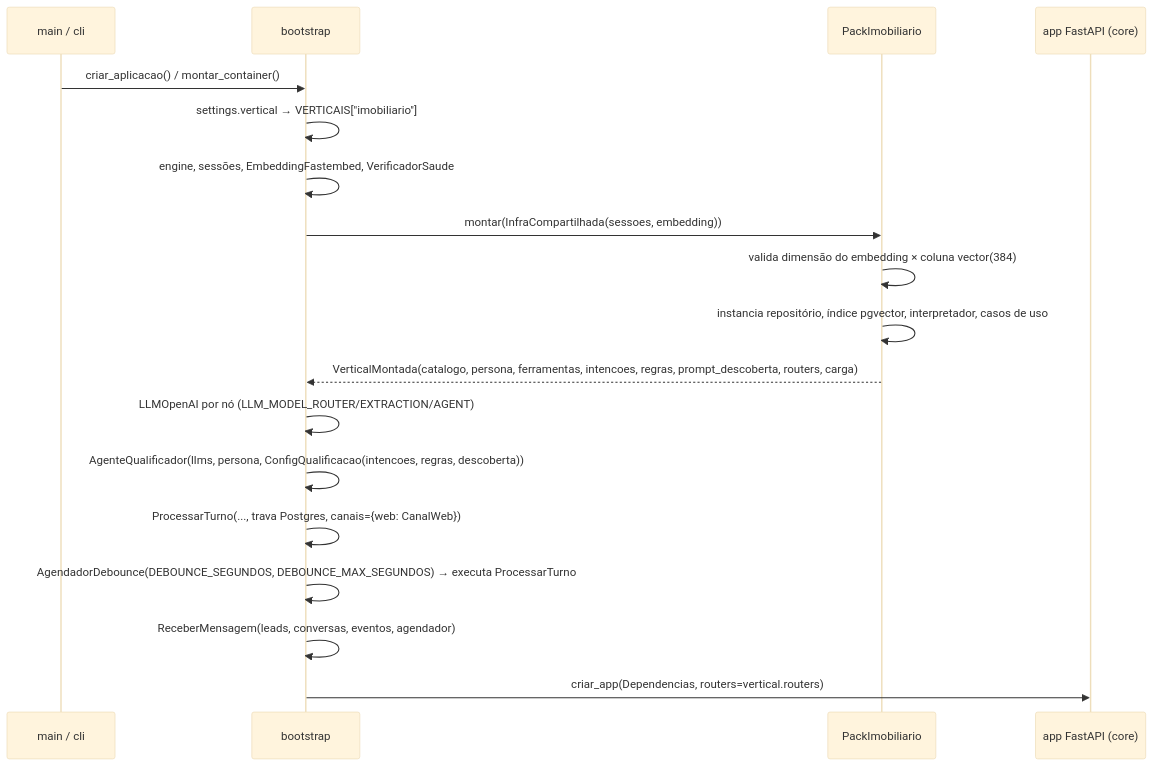
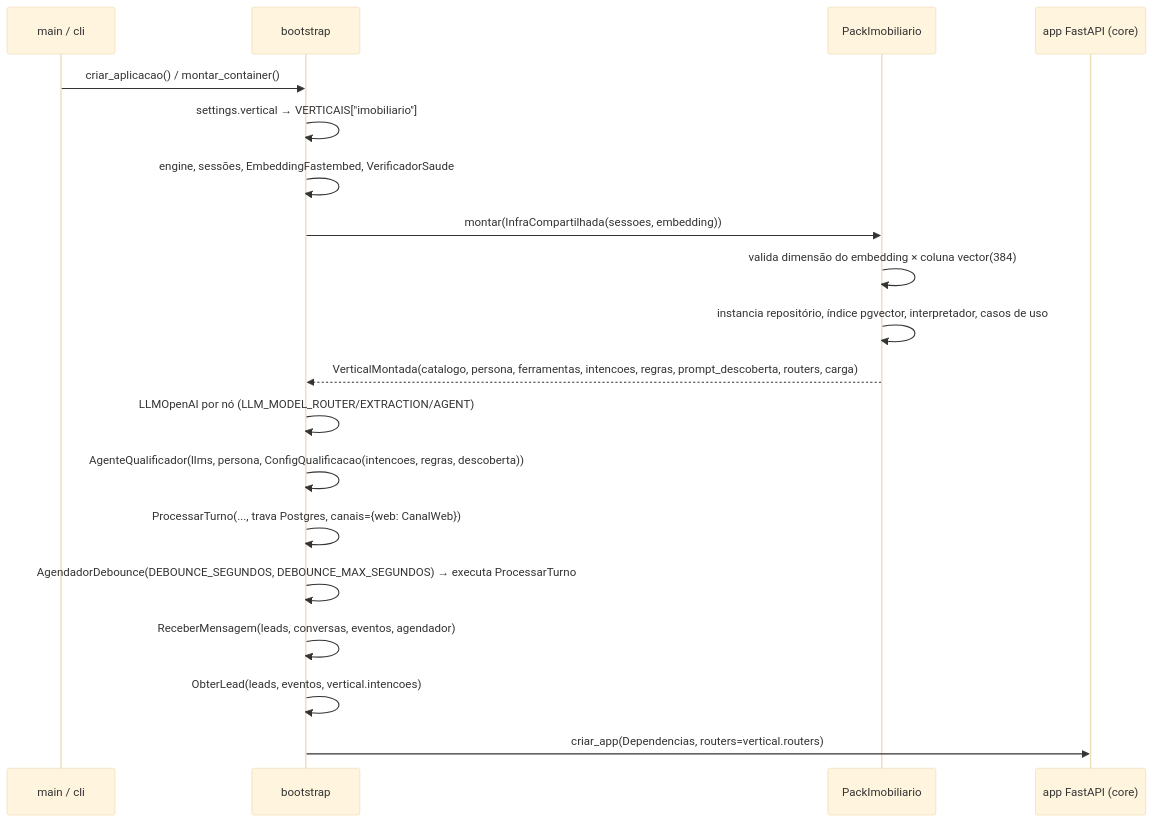
One commit to amaranini/tech-challenge-fase-5 changed the fifth of 11 diagrams in docs/arquitetura.md. Above: the diagram before and after it, drawn with Mermaid (base theme). The commit also changed other lines of this file and 30 other files, not shown here.

````diff
--- a/docs/arquitetura.md
+++ b/docs/arquitetura.md
@@ -181,21 +183,22 @@
 ```mermaid
 sequenceDiagram
     participant M as main / cli
     participant B as bootstrap
     participant P as PackImobiliario
     participant A as app FastAPI (core)
 
     M->>B: criar_aplicacao() / montar_container()
     B->>B: settings.vertical → VERTICAIS["imobiliario"]
     B->>B: engine, sessões, EmbeddingFastembed, VerificadorSaude
     B->>P: montar(InfraCompartilhada(sessoes, embedding))
     P->>P: valida dimensão do embedding × coluna vector(384)
     P->>P: instancia repositório, índice pgvector, interpretador, casos de uso
     P-->>B: VerticalMontada(catalogo, persona, ferramentas, intencoes, regras, prompt_descoberta, routers, carga)
     B->>B: LLMOpenAI por nó (LLM_MODEL_ROUTER/EXTRACTION/AGENT)
     B->>B: AgenteQualificador(llms, persona, ConfigQualificacao(intencoes, regras, descoberta))
     B->>B: ProcessarTurno(..., trava Postgres, canais={web: CanalWeb})
     B->>B: AgendadorDebounce(DEBOUNCE_SEGUNDOS, DEBOUNCE_MAX_SEGUNDOS) → executa ProcessarTurno
     B->>B: ReceberMensagem(leads, conversas, eventos, agendador)
+    B->>B: ObterLead(leads, eventos, vertical.intencoes)
     B->>A: criar_app(Dependencias, routers=vertical.routers)
 ```
````
